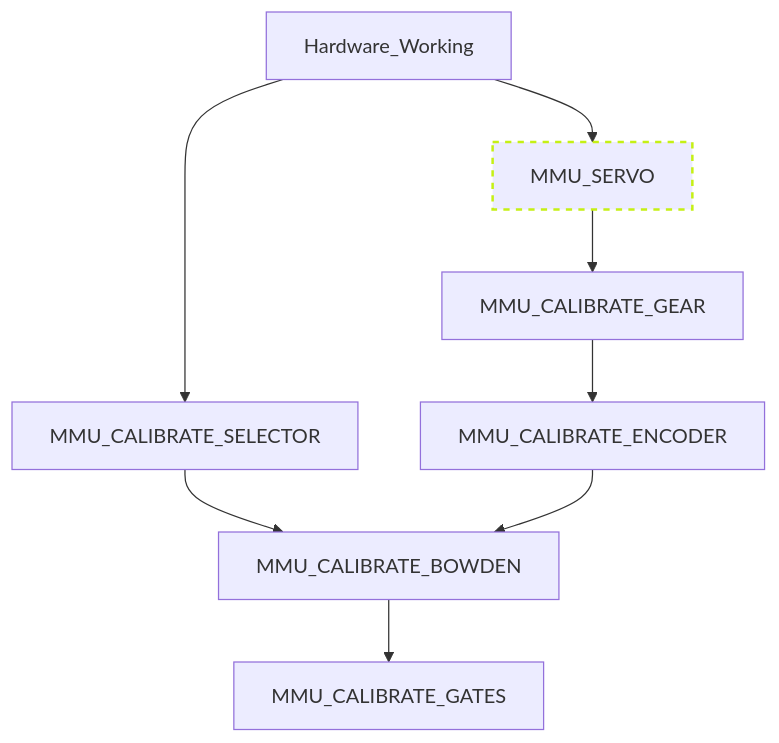
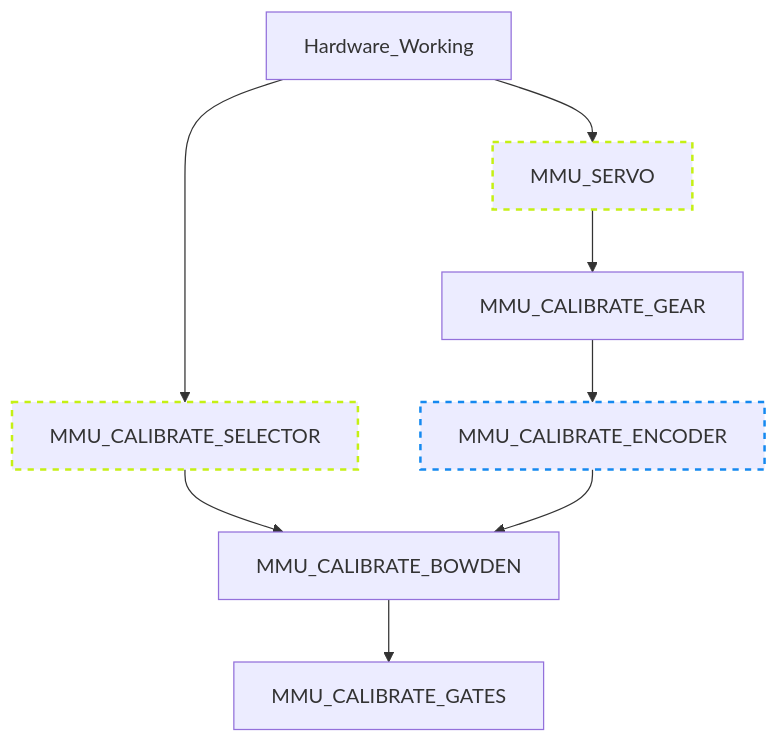
The diagram in MMU-Calibration.md (3DCoded/Happy-Hare), drawn with Mermaid before and after one commit.

````diff
--- a/MMU-Calibration.md
+++ b/MMU-Calibration.md
@@ -22,12 +22,14 @@
 ```mermaid
 graph TD;
     Hardware_Working --> MMU_SERVO
     Hardware_Working --> MMU_CALIBRATE_SELECTOR
     MMU_CALIBRATE_SELECTOR --> MMU_CALIBRATE_BOWDEN
     MMU_SERVO --> MMU_CALIBRATE_GEAR
     MMU_CALIBRATE_GEAR --> MMU_CALIBRATE_ENCODER
     MMU_CALIBRATE_ENCODER --> MMU_CALIBRATE_BOWDEN
     MMU_CALIBRATE_BOWDEN --> MMU_CALIBRATE_GATES
 
 style MMU_SERVO stroke-dasharray: 5 5, stroke:#c5f015, stroke-width:2px
+style MMU_CALIBRATE_SELECTOR stroke-dasharray: 5 5, stroke:#c5f015, stroke-width:2px
+style MMU_CALIBRATE_ENCODER stroke-dasharray: 5 5, stroke:#1589f0, stroke-width:2px
 ```
````
